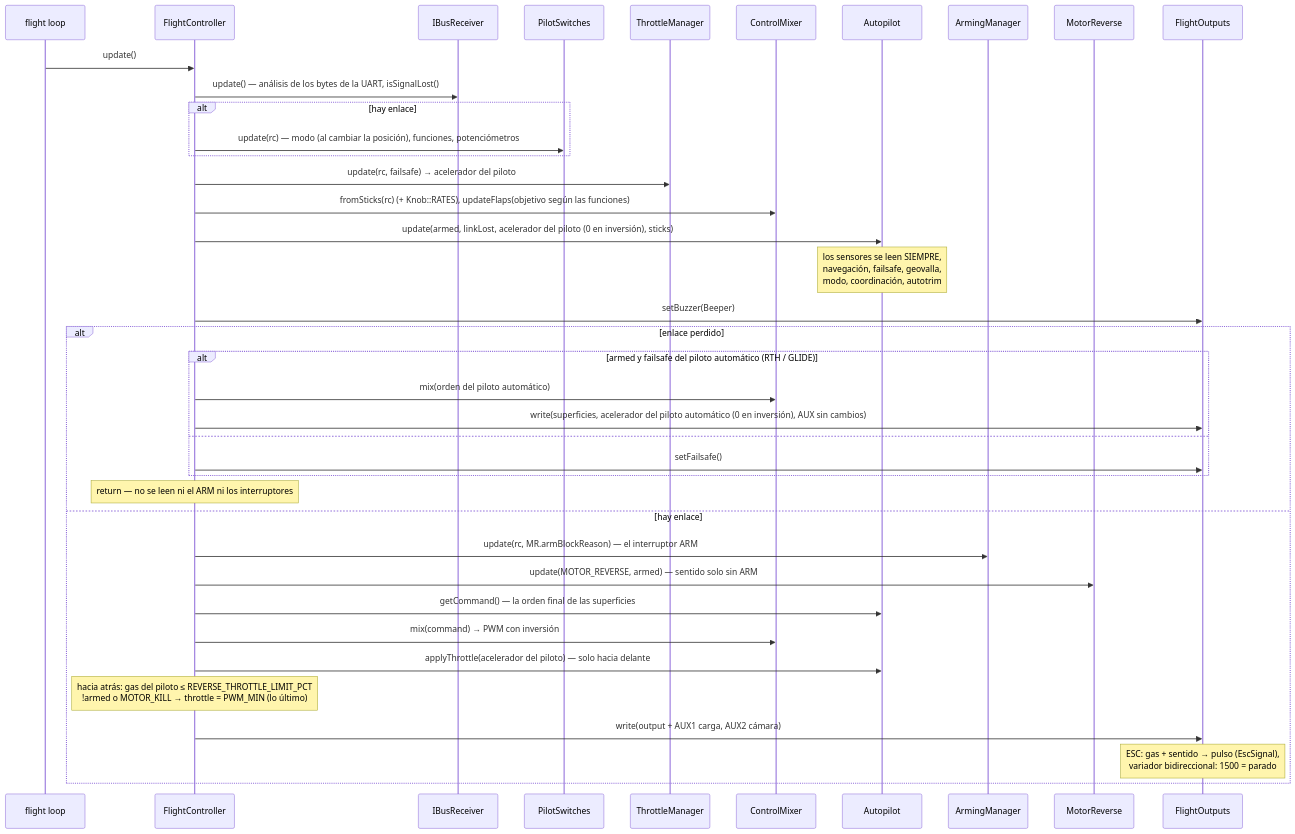
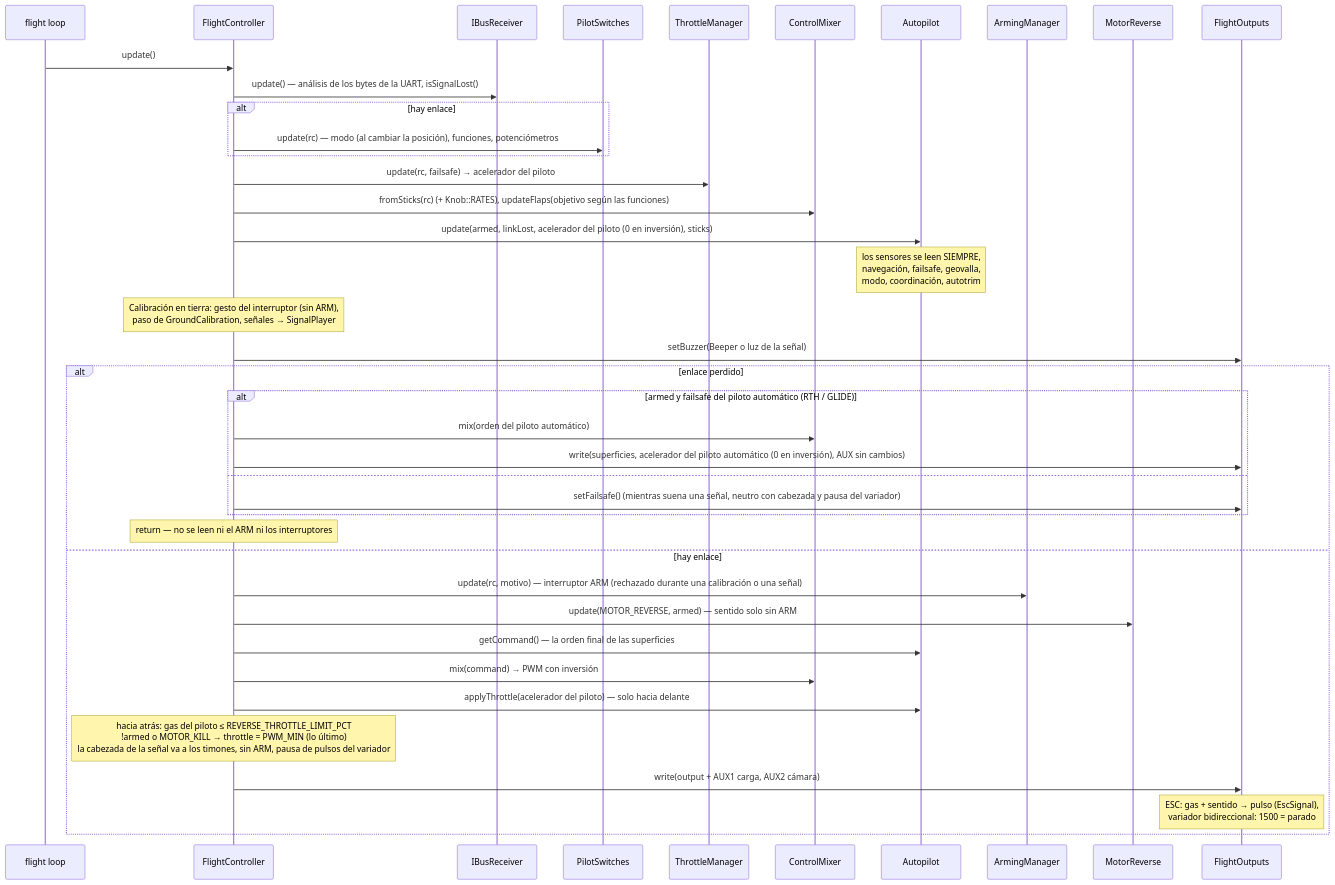
One commit to damir-lebedev/OpenPlaneProject changed the sixth of 12 diagrams in docs/i18n/es/ARCHITECTURE.md. Above: the diagram before and after it, drawn with Mermaid. The commit also changed other lines of this file and 215 other files, not shown here.

````diff
--- a/docs/i18n/es/ARCHITECTURE.md
+++ b/docs/i18n/es/ARCHITECTURE.md
@@ -355,42 +355,43 @@
 ```mermaid
 sequenceDiagram
     participant L as flight loop
     participant FC as FlightController
     participant RX as IBusReceiver
     participant SW as PilotSwitches
     participant TM as ThrottleManager
     participant MX as ControlMixer
     participant AP as Autopilot
     participant AM as ArmingManager
     participant MR as MotorReverse
     participant OUT as FlightOutputs
 
     L->>FC: update()
     FC->>RX: update() — análisis de los bytes de la UART, isSignalLost()
     alt hay enlace
         FC->>SW: update(rc) — modo (al cambiar la posición), funciones, potenciómetros
     end
     FC->>TM: update(rc, failsafe) → acelerador del piloto
     FC->>MX: fromSticks(rc) (+ Knob::RATES), updateFlaps(objetivo según las funciones)
     FC->>AP: update(armed, linkLost, acelerador del piloto (0 en inversión), sticks)
     Note over AP: los sensores se leen SIEMPRE,<br/>navegación, failsafe, geovalla,<br/>modo, coordinación, autotrim
-    FC->>OUT: setBuzzer(Beeper)
+    Note over FC: Calibración en tierra: gesto del interruptor (sin ARM),<br/>paso de GroundCalibration, señales → SignalPlayer
+    FC->>OUT: setBuzzer(Beeper o luz de la señal)
     alt enlace perdido
         alt armed y failsafe del piloto automático (RTH / GLIDE)
             FC->>MX: mix(orden del piloto automático)
             FC->>OUT: write(superficies, acelerador del piloto automático (0 en inversión), AUX sin cambios)
         else
-            FC->>OUT: setFailsafe()
+            FC->>OUT: setFailsafe() (mientras suena una señal, neutro con cabezada y pausa del variador)
         end
         Note over FC: return — no se leen ni el ARM ni los interruptores
     else hay enlace
-        FC->>AM: update(rc, MR.armBlockReason) — el interruptor ARM
+        FC->>AM: update(rc, motivo) — interruptor ARM (rechazado durante una calibración o una señal)
         FC->>MR: update(MOTOR_REVERSE, armed) — sentido solo sin ARM
         FC->>AP: getCommand() — la orden final de las superficies
         FC->>MX: mix(command) → PWM con inversión
         FC->>AP: applyThrottle(acelerador del piloto) — solo hacia delante
-        Note over FC: hacia atrás: gas del piloto ≤ REVERSE_THROTTLE_LIMIT_PCT<br/>!armed o MOTOR_KILL → throttle = PWM_MIN (lo último)
+        Note over FC: hacia atrás: gas del piloto ≤ REVERSE_THROTTLE_LIMIT_PCT<br/>!armed o MOTOR_KILL → throttle = PWM_MIN (lo último)<br/>la cabezada de la señal va a los timones, sin ARM, pausa de pulsos del variador
         FC->>OUT: write(output + AUX1 carga, AUX2 cámara)
         Note over OUT: ESC: gas + sentido → pulso (EscSignal),<br/>variador bidireccional: 1500 = parado
     end
 ```
````
